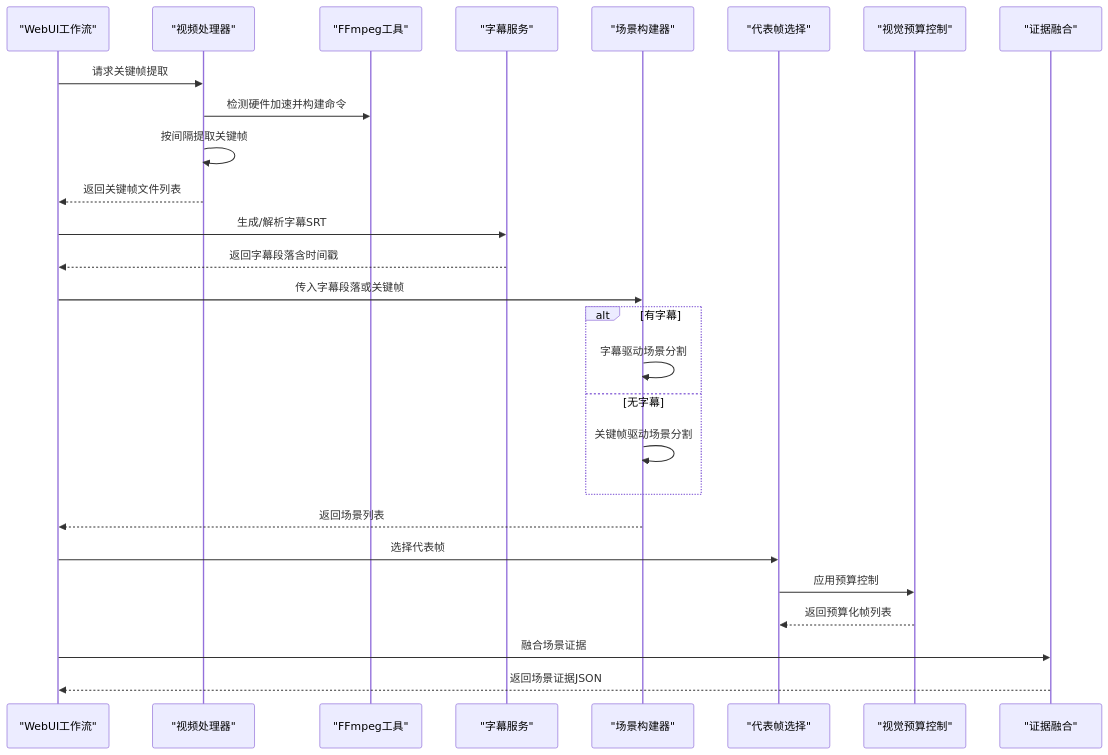
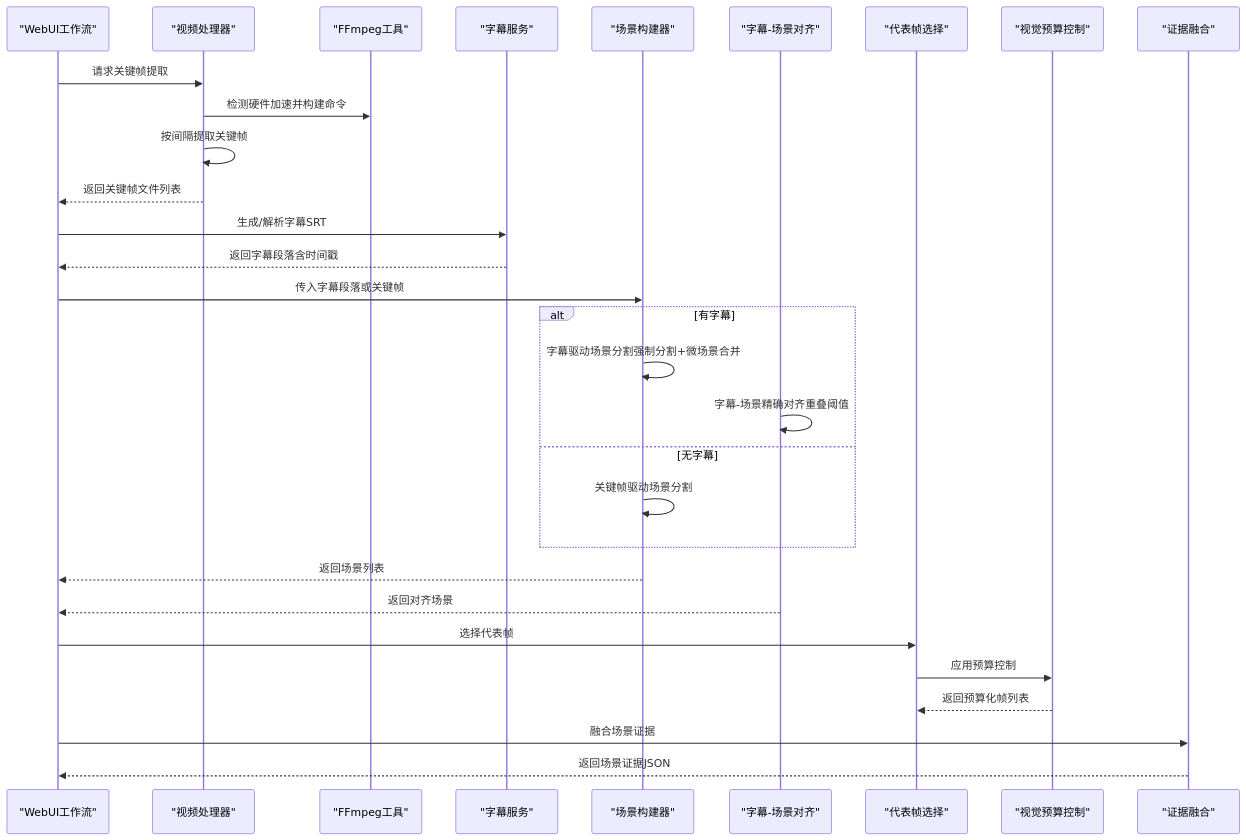
Before and after one commit to wowoduang/AIVideoClaude: the second of 11 diagrams in .qoder/repowiki/zh/content/核心功能/视频处理服务/场景构建器.md, drawn with Mermaid. The commit also changed other lines of this file and 32 other files, not shown here.

````diff
--- a/.qoder/repowiki/zh/content/核心功能/视频处理服务/场景构建器.md
+++ b/.qoder/repowiki/zh/content/核心功能/视频处理服务/场景构建器.md
@@ -170,29 +184,32 @@
 ```mermaid
 sequenceDiagram
 participant UI as "WebUI工作流"
 participant VP as "视频处理器"
 participant FU as "FFmpeg工具"
 participant ST as "字幕服务"
 participant SB as "场景构建器"
+participant AS as "字幕-场景对齐"
 participant FS as "代表帧选择"
 participant CG as "视觉预算控制"
 participant EF as "证据融合"
 UI->>VP : 请求关键帧提取
 VP->>FU : 检测硬件加速并构建命令
 VP->>VP : 按间隔提取关键帧
 VP-->>UI : 返回关键帧文件列表
 UI->>ST : 生成/解析字幕SRT
 ST-->>UI : 返回字幕段落含时间戳
 UI->>SB : 传入字幕段落或关键帧
 alt 有字幕
-SB->>SB : 字幕驱动场景分割
+SB->>SB : 字幕驱动场景分割强制分割+微场景合并
+AS->>AS : 字幕-场景精确对齐重叠阈值
 else 无字幕
 SB->>SB : 关键帧驱动场景分割
 end
 SB-->>UI : 返回场景列表
+AS-->>UI : 返回对齐场景
 UI->>FS : 选择代表帧
 FS->>CG : 应用预算控制
 CG-->>FS : 返回预算化帧列表
 UI->>EF : 融合场景证据
 EF-->>UI : 返回场景证据JSON
 ```
````
